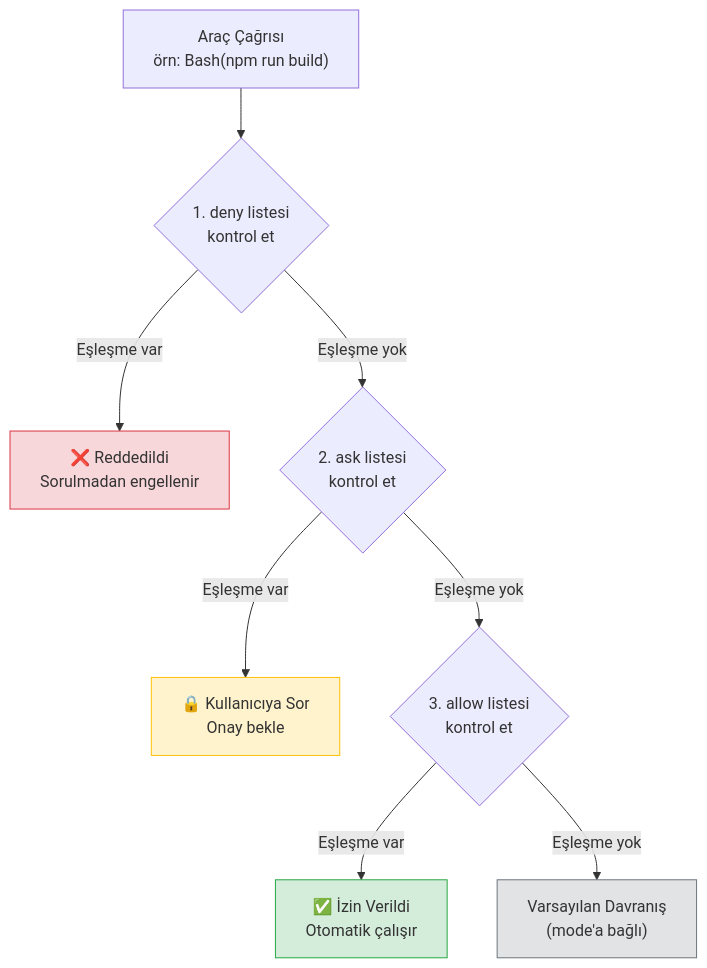
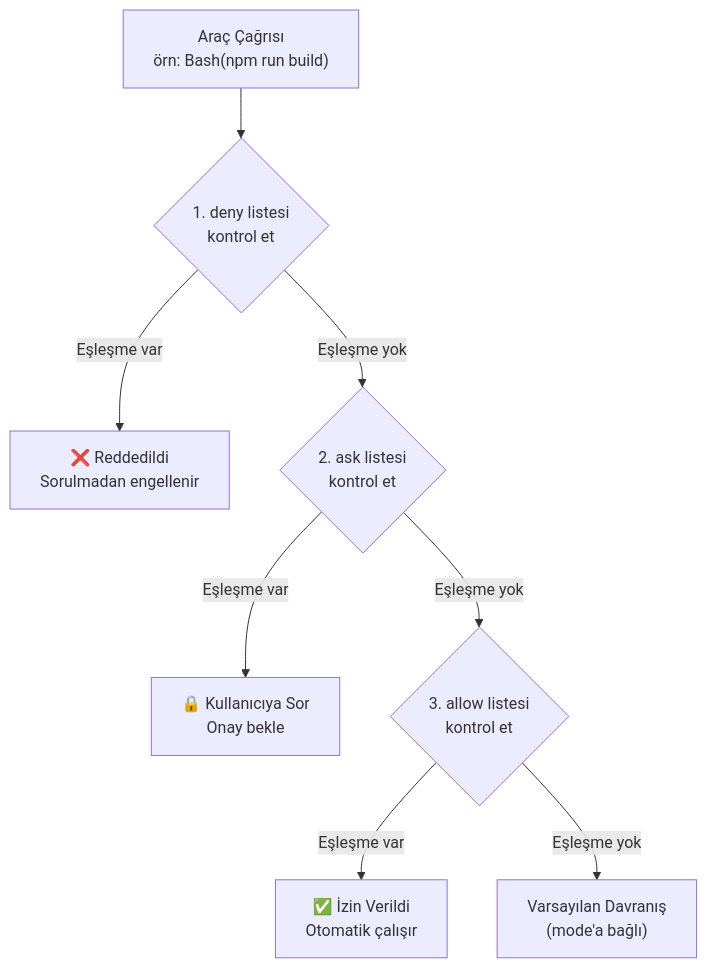
The second of 4 diagrams in 10-izinler-ve-guvenlik/02-izin-kurallari-syntax.md (IzzetYasinAtes/ClaudeCodeHandbook), drawn with Mermaid before and after one commit. The commit also changed other lines of this file and 97 other files, not shown here.

Commit message:
Remove all custom Mermaid style/fill colors from 98 markdown files for consistent dark theme rendering

````diff
--- a/10-izinler-ve-guvenlik/02-izin-kurallari-syntax.md
+++ b/10-izinler-ve-guvenlik/02-izin-kurallari-syntax.md
@@ -44,18 +44,14 @@
 ```mermaid
 flowchart TD
     START["Araç Çağrısı<br/>örn: Bash(npm run build)"] --> DENY{"1. deny listesi<br/>kontrol et"}
 
     DENY -->|"Eşleşme var"| DENIED["❌ Reddedildi<br/>Sorulmadan engellenir"]
     DENY -->|"Eşleşme yok"| ASK{"2. ask listesi<br/>kontrol et"}
 
     ASK -->|"Eşleşme var"| PROMPT["🔒 Kullanıcıya Sor<br/>Onay bekle"]
     ASK -->|"Eşleşme yok"| ALLOW{"3. allow listesi<br/>kontrol et"}
 
     ALLOW -->|"Eşleşme var"| ALLOWED["✅ İzin Verildi<br/>Otomatik çalışır"]
     ALLOW -->|"Eşleşme yok"| DEFAULT["Varsayılan Davranış<br/>(mode'a bağlı)"]
 
-    style DENIED fill:#f8d7da,stroke:#dc3545
-    style PROMPT fill:#fff3cd,stroke:#ffc107
-    style ALLOWED fill:#d4edda,stroke:#28a745
-    style DEFAULT fill:#e2e3e5,stroke:#6c757d
 ```
````
